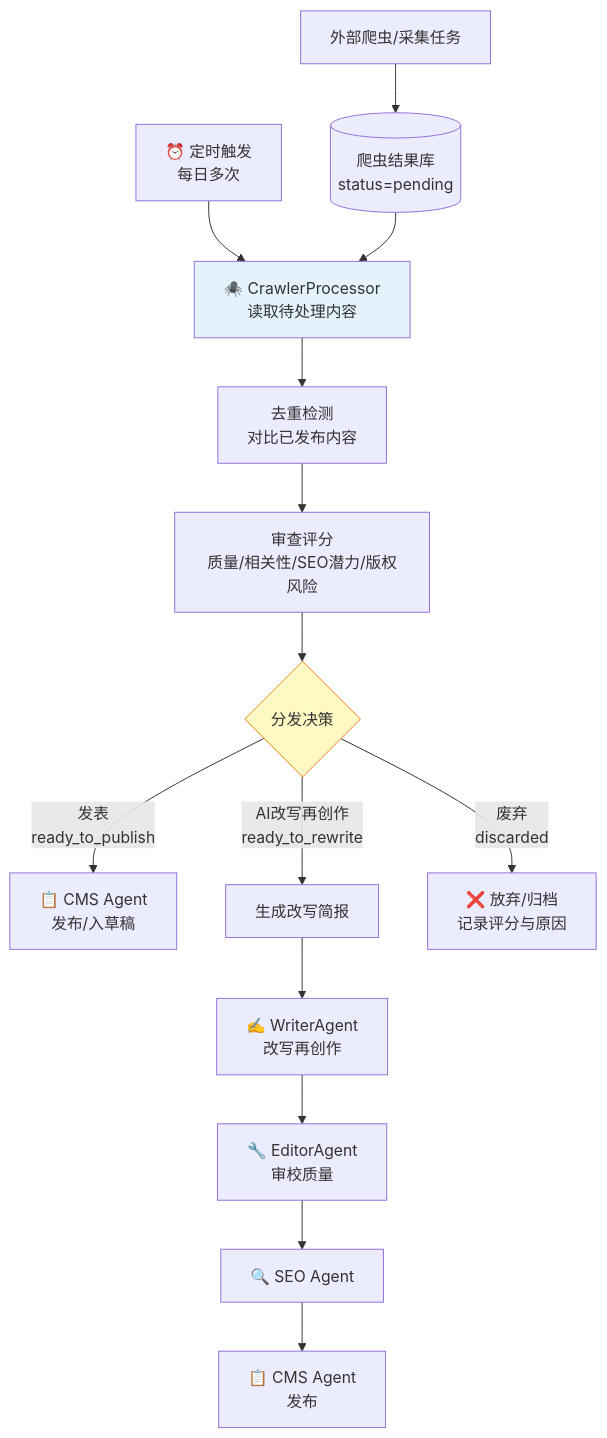
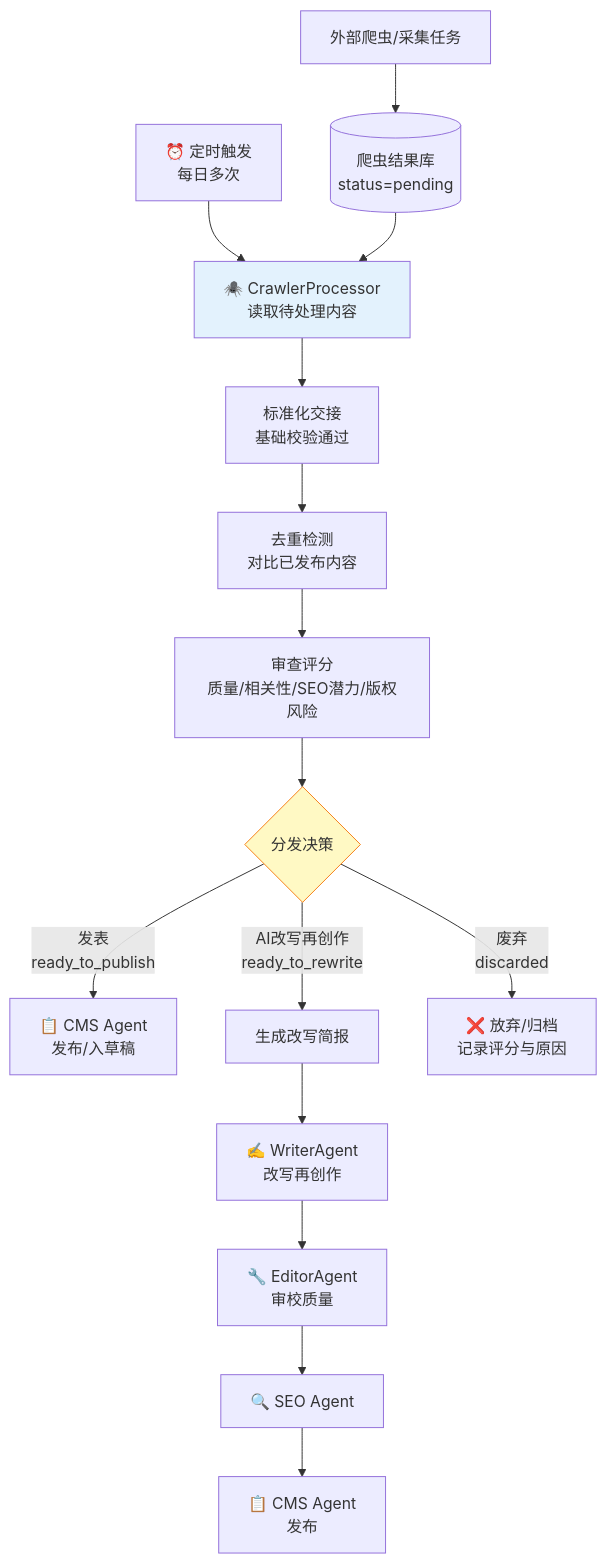
Before and after one commit to flyingsnowzz/Multi-Agent-Automatic-Operation-Website: the third of 4 diagrams in 03-工作流编排.md, drawn with Mermaid. The commit also changed other lines of this file and 15 other files, not shown here.

````diff
--- a/03-工作流编排.md
+++ b/03-工作流编排.md
@@ -176,19 +176,20 @@
 ```mermaid
 flowchart TB
     SPIDER["外部爬虫/采集任务"] --> CRAWLER_DB[("爬虫结果库<br/>status=pending")]
     CRAWL_START["⏰ 定时触发<br/>每日多次"] --> CRAWL["🕷️ CrawlerProcessor<br/>读取待处理内容"]
     CRAWLER_DB --> CRAWL
-    CRAWL --> DEDUP["去重检测<br/>对比已发布内容"]
+    CRAWL --> HANDOFF["标准化交接<br/>基础校验通过"]
+    HANDOFF --> DEDUP["去重检测<br/>对比已发布内容"]
     DEDUP --> SCORE["审查评分<br/>质量/相关性/SEO潜力/版权风险"]
     SCORE --> DECISION{"分发决策"}
     DECISION -->|"发表<br/>ready_to_publish"| DIRECT["📋 CMS Agent<br/>发布/入草稿"]
     DECISION -->|"AI改写再创作<br/>ready_to_rewrite"| BRIEF["生成改写简报"]
     BRIEF --> REWRITE["✍️ WriterAgent<br/>改写再创作"]
     REWRITE --> EDITOR["🔧 EditorAgent<br/>审校质量"]
     EDITOR --> SEO2["🔍 SEO Agent"]
     SEO2 --> CMS2["📋 CMS Agent<br/>发布"]
     DECISION -->|"废弃<br/>discarded"| DISCARD["❌ 放弃/归档<br/>记录评分与原因"]
 
     style CRAWL fill:#e3f2fd
     style DECISION fill:#fff9c4,stroke:#f57f17
 ```
````
